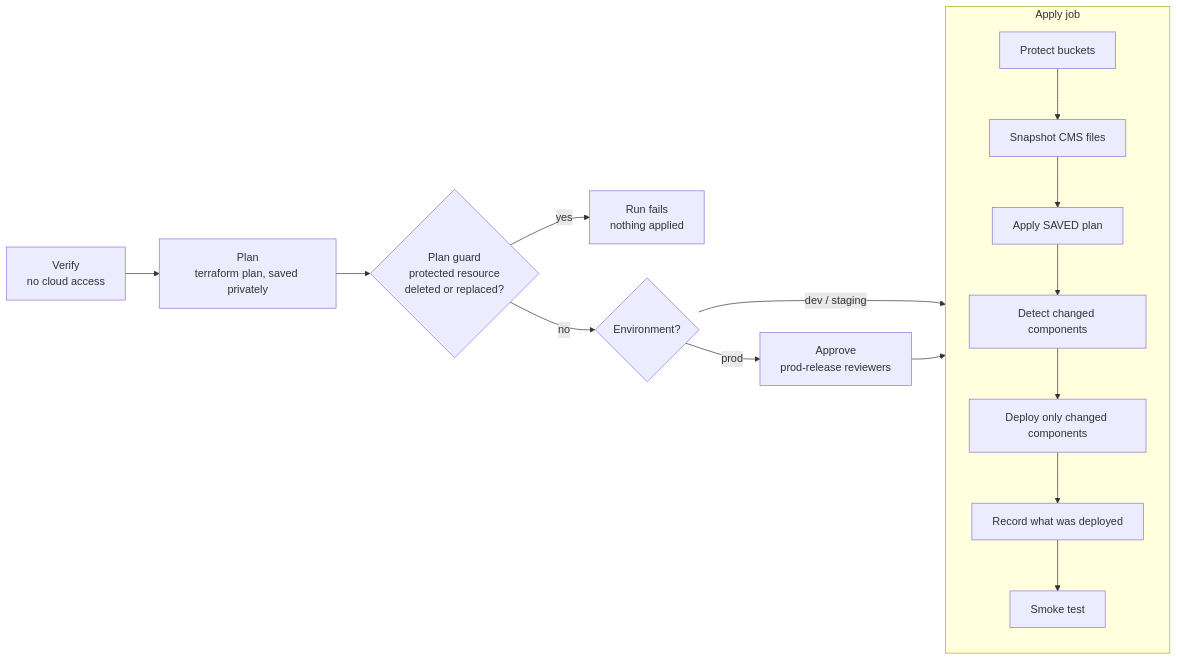
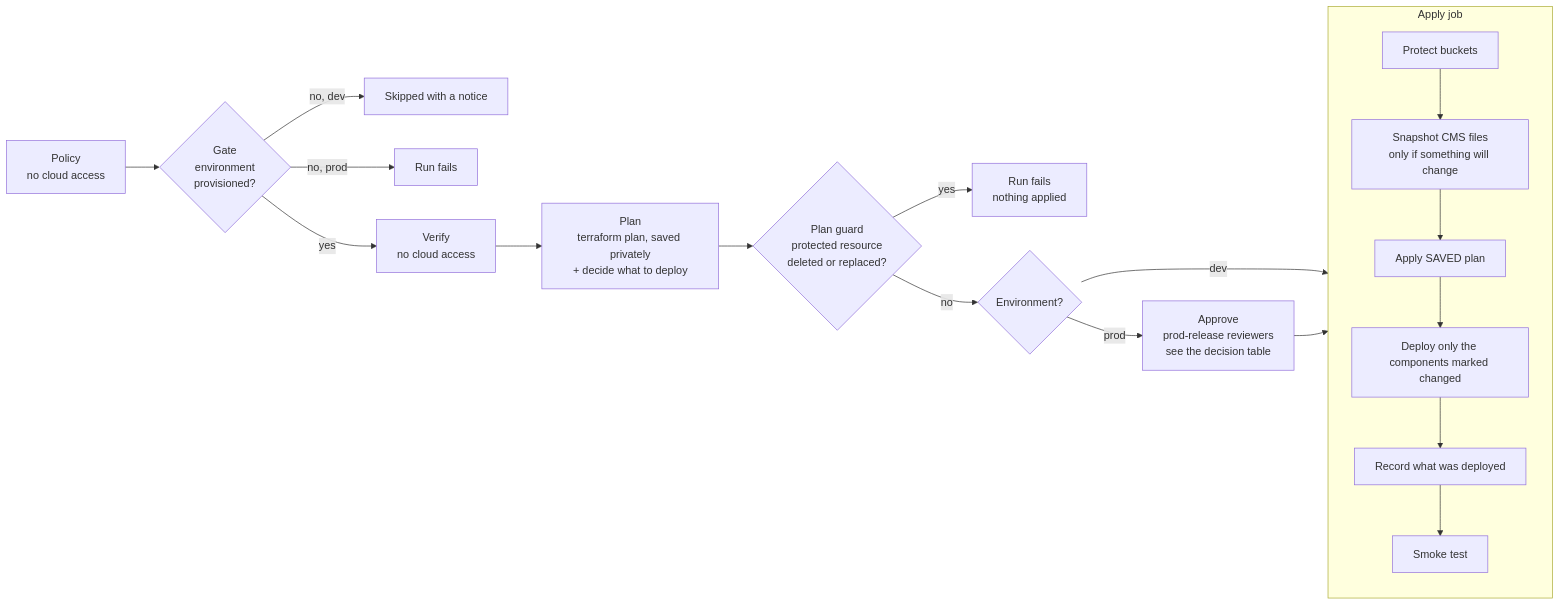
The diagram in docs/DEPLOYMENT.md (AbhirupGhosh92/beatrix.ai), drawn with Mermaid before and after one commit. The commit also changed other lines of this file and 31 other files, not shown here.

First line of the commit message:
feat: remove staging, verbose pipeline steps, dev-deploy and prod-deploy skills (#79) (#81)

````diff
--- a/docs/DEPLOYMENT.md
+++ b/docs/DEPLOYMENT.md
@@ -58,13 +57,17 @@
 ```mermaid
 flowchart LR
-    A[Verify<br/>no cloud access] --> B[Plan<br/>terraform plan, saved privately]
+    P[Policy<br/>no cloud access] --> G{Gate<br/>environment<br/>provisioned?}
+    G -- no, dev --> S[Skipped with a notice]
+    G -- no, prod --> X0[Run fails]
+    G -- yes --> A[Verify<br/>no cloud access]
+    A --> B[Plan<br/>terraform plan, saved privately<br/>+ decide what to deploy]
     B --> C{Plan guard<br/>protected resource<br/>deleted or replaced?}
     C -- yes --> X[Run fails<br/>nothing applied]
     C -- no --> D{Environment?}
-    D -- prod --> E[Approve<br/>prod-release reviewers]
-    D -- dev / staging --> F
+    D -- prod --> E[Approve<br/>prod-release reviewers<br/>see the decision table]
+    D -- dev --> F
     E --> F[Apply]
     subgraph F[Apply job]
-      F1[Protect buckets] --> F2[Snapshot CMS files] --> F3[Apply SAVED plan] --> F4[Detect changed components] --> F5[Deploy only changed components] --> F6[Record what was deployed] --> F7[Smoke test]
+      F1[Protect buckets] --> F2[Snapshot CMS files<br/>only if something will change] --> F3[Apply SAVED plan] --> F4[Deploy only the components marked changed] --> F5[Record what was deployed] --> F6[Smoke test]
     end
 ```
````
